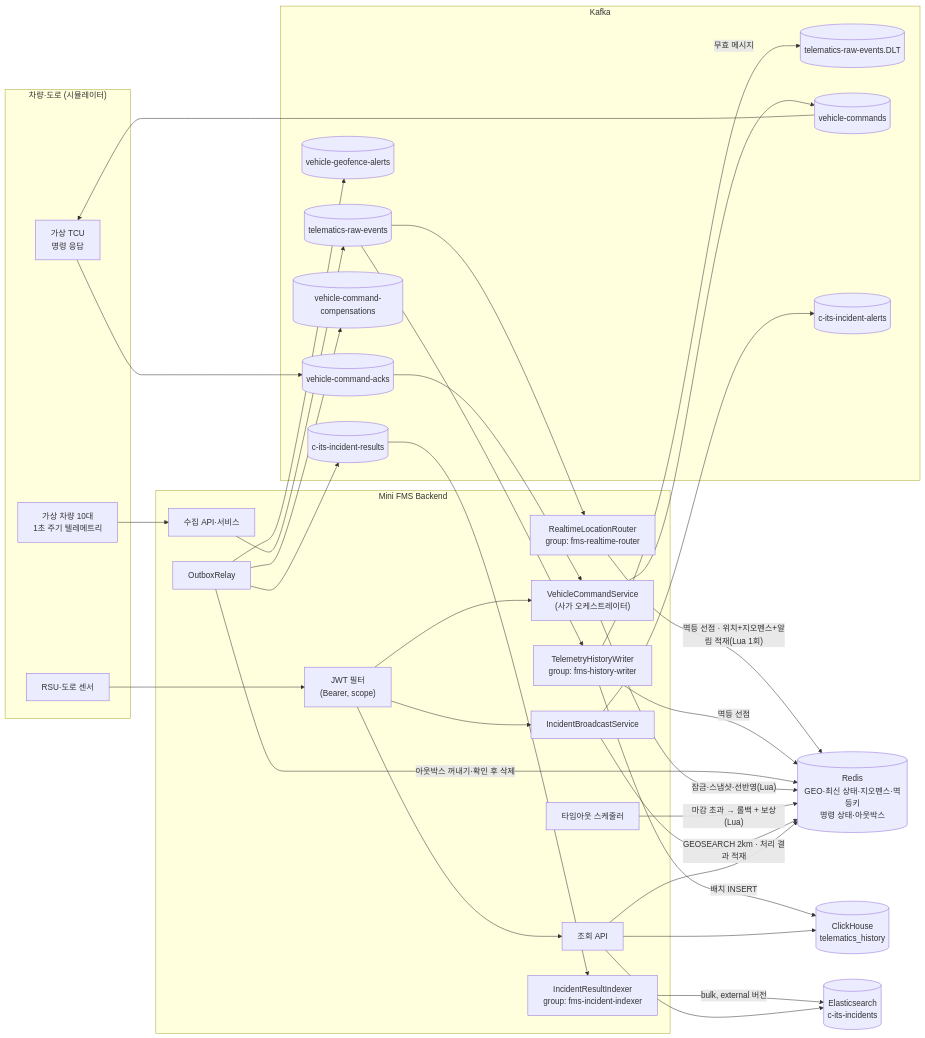
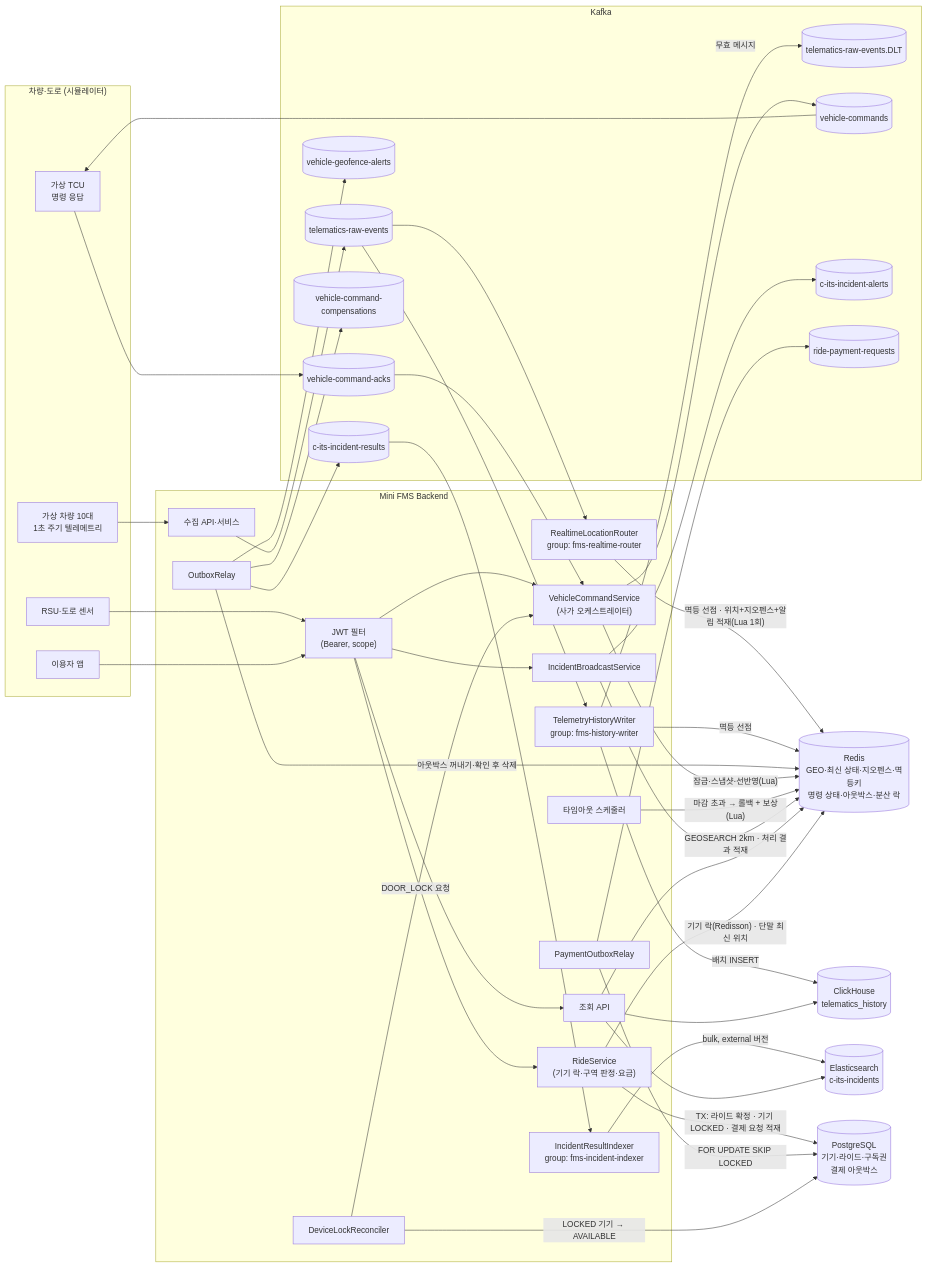
The first of 7 diagrams in README.md (JuuuuHong/mini-fms-backend), drawn with Mermaid before and after one commit. The commit also changed other lines of this file, not shown here.

First line of the commit message:
docs(readme): 반납 구역 판정·라이드 정산의 설계·데모·남은 장애 시나리오를 적는다

````diff
--- a/README.md
+++ b/README.md
@@ -149,60 +194,73 @@
 ```mermaid
 flowchart LR
     subgraph Edge["차량·도로 (시뮬레이터)"]
         SIM["가상 차량 10대<br/>1초 주기 텔레메트리"]
         TCU["가상 TCU<br/>명령 응답"]
         RSU["RSU·도로 센서"]
+        RIDER["이용자 앱"]
     end
 
     subgraph App["Mini FMS Backend"]
         SEC["JWT 필터<br/>(Bearer, scope)"]
         ING["수집 API·서비스"]
         RT["RealtimeLocationRouter<br/>group: fms-realtime-router"]
         HW["TelemetryHistoryWriter<br/>group: fms-history-writer"]
         CMD["VehicleCommandService<br/>(사가 오케스트레이터)"]
         TO["타임아웃 스케줄러"]
         INC["IncidentBroadcastService"]
         IDX["IncidentResultIndexer<br/>group: fms-incident-indexer"]
         RELAY["OutboxRelay"]
         Q["조회 API"]
+        RIDE["RideService<br/>(기기 락·구역 판정·요금)"]
+        PREL["PaymentOutboxRelay"]
+        LREC["DeviceLockReconciler"]
     end
 
     subgraph Kafka
         RAW[(telematics-raw-events)]
         DLT[(telematics-raw-events.DLT)]
         GA[(vehicle-geofence-alerts)]
         VC[(vehicle-commands)]
         ACK[(vehicle-command-acks)]
         COMP[(vehicle-command-compensations)]
         IA[(c-its-incident-alerts)]
         IR[(c-its-incident-results)]
+        PAY[(ride-payment-requests)]
     end
 
-    REDIS[("Redis<br/>GEO·최신 상태·지오펜스·멱등키<br/>명령 상태·아웃박스")]
+    REDIS[("Redis<br/>GEO·최신 상태·지오펜스·멱등키<br/>명령 상태·아웃박스·분산 락")]
     CH[("ClickHouse<br/>telematics_history")]
     ES[("Elasticsearch<br/>c-its-incidents")]
+    PG[("PostgreSQL<br/>기기·라이드·구독권<br/>결제 아웃박스")]
 
     SIM --> ING --> RAW
     RAW --> RT
     RAW --> HW
     RT -->|"멱등 선점 · 위치+지오펜스+알림 적재(Lua 1회)"| REDIS
     HW -->|"멱등 선점"| REDIS
     HW -->|"배치 INSERT"| CH
     HW -->|"무효 메시지"| DLT
     RELAY -->|"아웃박스 꺼내기·확인 후 삭제"| REDIS
     RELAY --> GA
     RELAY --> COMP
     RELAY --> IR
     SEC --> CMD
     CMD -->|"잠금·스냅샷·선반영(Lua)"| REDIS
     CMD --> VC --> TCU --> ACK --> CMD
     TO -->|"마감 초과 → 롤백 + 보상(Lua)"| REDIS
     RSU --> SEC --> INC
     INC -->|"GEOSEARCH 2km · 처리 결과 적재"| REDIS
     INC --> IA
     IR --> IDX -->|"bulk, external 버전"| ES
     SEC --> Q
     Q --> REDIS
     Q --> CH
     Q --> ES
+    RIDER --> SEC --> RIDE
+    RIDE -->|"기기 락(Redisson) · 단말 최신 위치"| REDIS
+    RIDE -->|"TX: 라이드 확정 · 기기 LOCKED · 결제 요청 적재"| PG
+    PREL -->|"FOR UPDATE SKIP LOCKED"| PG
+    PREL --> PAY
+    LREC -->|"LOCKED 기기 → AVAILABLE"| PG
+    LREC -->|"DOOR_LOCK 요청"| CMD
 ```
````
